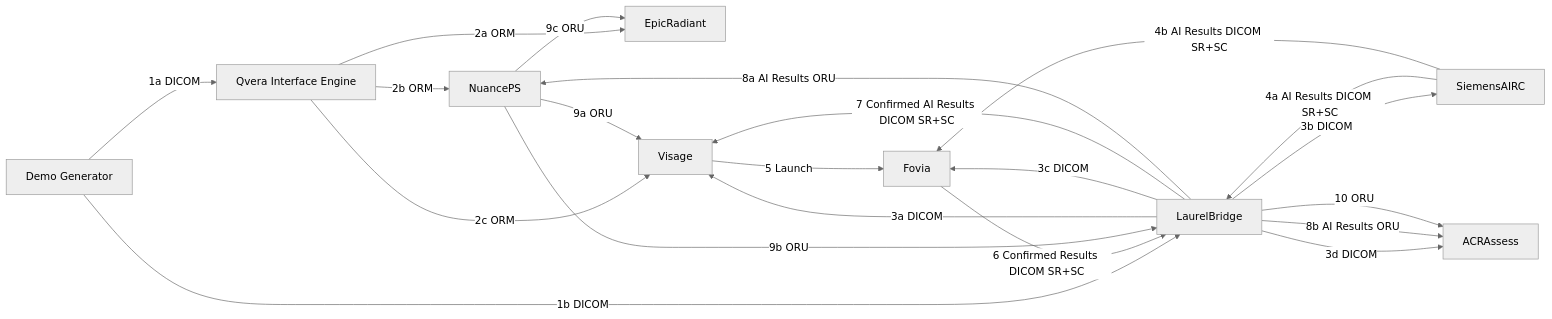
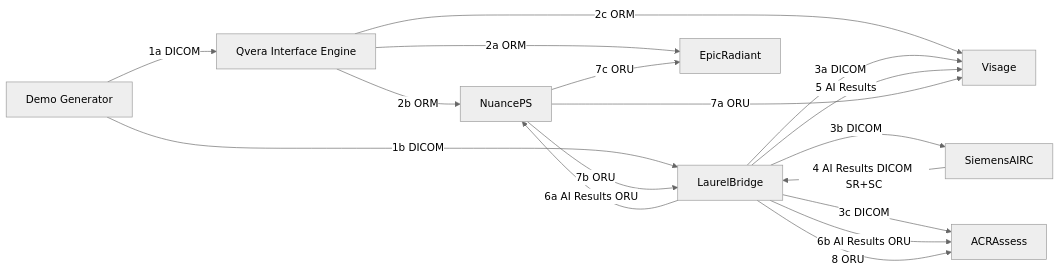
Before and after one commit to mohannadhussain/rsna-2024-rr-demo: the diagram in quimby/diagram-brain-scan1.md, drawn with Mermaid (neutral theme).

````diff
--- a/quimby/diagram-brain-scan1.md
+++ b/quimby/diagram-brain-scan1.md
@@ -4,32 +4,26 @@
 ```mermaid
 flowchart LR
     Generator[Demo Generator] --> |1a DICOM| QveraIE[Qvera Interface Engine]
     Generator --> |1b DICOM| LaurelBridge
  
     QveraIE --> |2a ORM| EpicRadiant
     QveraIE --> |2b ORM| NuancePS
     QveraIE --> |2c ORM| Visage
  
     LaurelBridge --> |3a DICOM| Visage
     LaurelBridge --> |3b DICOM| SiemensAIRC
-    LaurelBridge --> |3c DICOM| Fovia
-    LaurelBridge --> |3d DICOM| ACRAssess
+    LaurelBridge --> |3c DICOM| ACRAssess
    
-    SiemensAIRC --> |4a AI Results DICOM SR+SC| LaurelBridge
-    SiemensAIRC --> |4b AI Results DICOM SR+SC| Fovia
+    SiemensAIRC --> |4 AI Results DICOM SR+SC| LaurelBridge
  
-    Visage --> |5 Launch| Fovia
+    LaurelBridge --> |5 AI Results| Visage
+   
+    LaurelBridge --> |6a AI Results ORU| NuancePS
+    LaurelBridge --> |6b AI Results ORU| ACRAssess
  
-    Fovia --> |6 Confirmed Results DICOM SR+SC| LaurelBridge
-   
-    LaurelBridge --> |7 Confirmed AI Results DICOM SR+SC| Visage
-   
-    LaurelBridge --> |8a AI Results ORU| NuancePS
-    LaurelBridge --> |8b AI Results ORU| ACRAssess
+    NuancePS --> |7a ORU| Visage
+    NuancePS --> |7b ORU| LaurelBridge
+    NuancePS --> |7c ORU| EpicRadiant
  
-    NuancePS --> |9a ORU| Visage
-    NuancePS --> |9b ORU| LaurelBridge
-    NuancePS --> |9c ORU| EpicRadiant
- 
-    LaurelBridge --> |10 ORU| ACRAssess
+    LaurelBridge --> |8 ORU| ACRAssess
 ```
````
